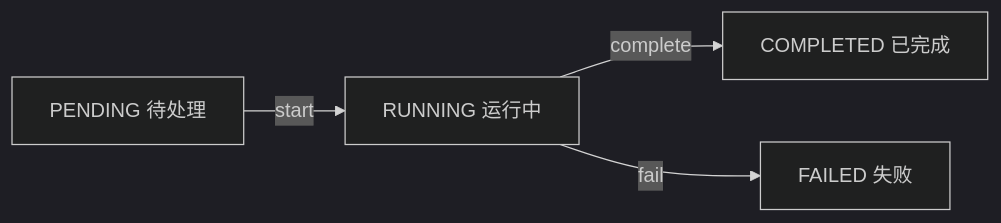
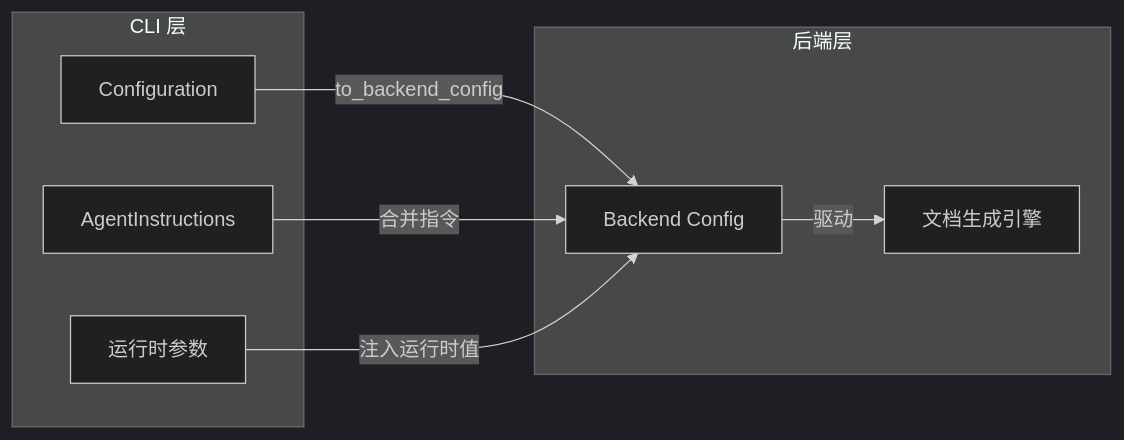
One commit to mambo-wang/CodeWiki-CN changed the fourth of 5 diagrams in repowiki/CLI 配置与模型.md. Above: the diagram before and after it, drawn with Mermaid (dark theme). The commit also changed other lines of this file and 19 other files, not shown here.

````diff
--- a/repowiki/CLI 配置与模型.md
+++ b/repowiki/CLI 配置与模型.md
@@ -252,6 +429,16 @@
 ```mermaid
 graph LR
-    A[PENDING 待处理] -->|start| B[RUNNING 运行中]
-    B -->|complete| C[COMPLETED 已完成]
-    B -->|fail| D[FAILED 失败]
+    subgraph CLI[CLI 层]
+        UCFG[Configuration]
+        UAI[AgentInstructions]
+        RT[运行时参数]
+    end
+    subgraph Backend[后端层]
+        BCFG[Backend Config]
+        ENG[文档生成引擎]
+    end
+    UCFG -->|to_backend_config| BCFG
+    UAI -->|合并指令| BCFG
+    RT -->|注入运行时值| BCFG
+    BCFG -->|驱动| ENG
 ```
````
